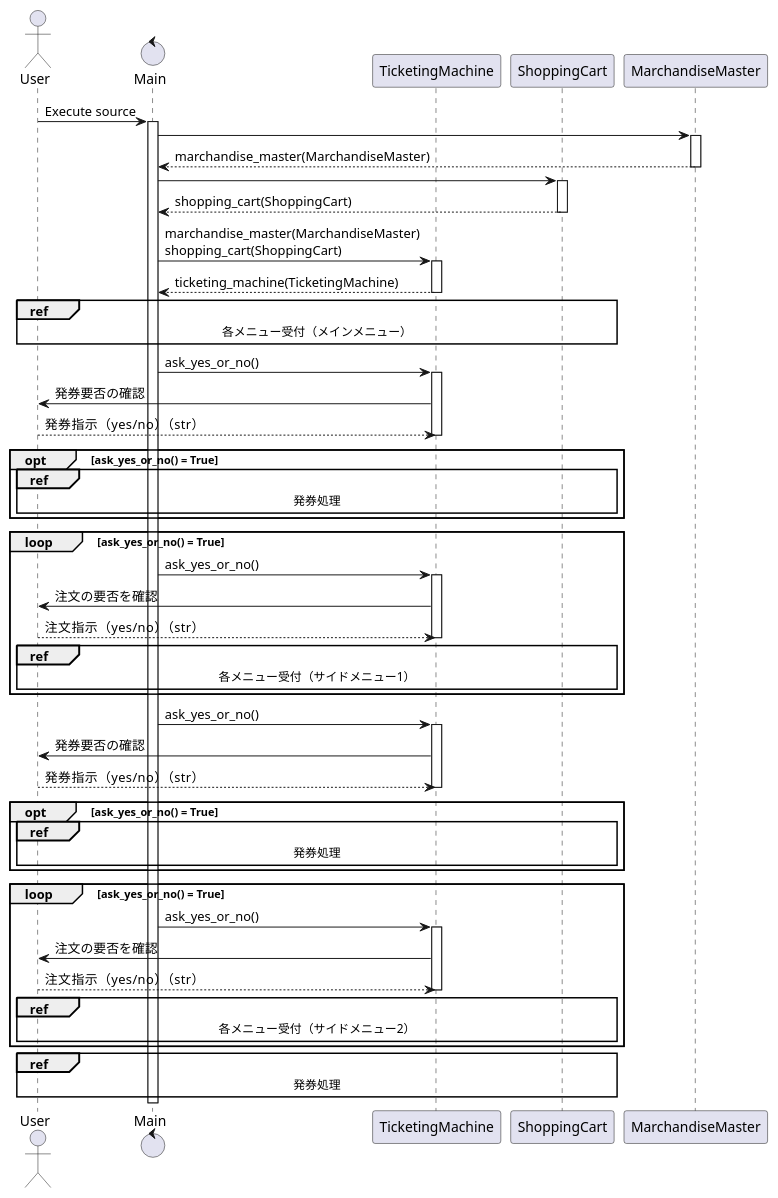
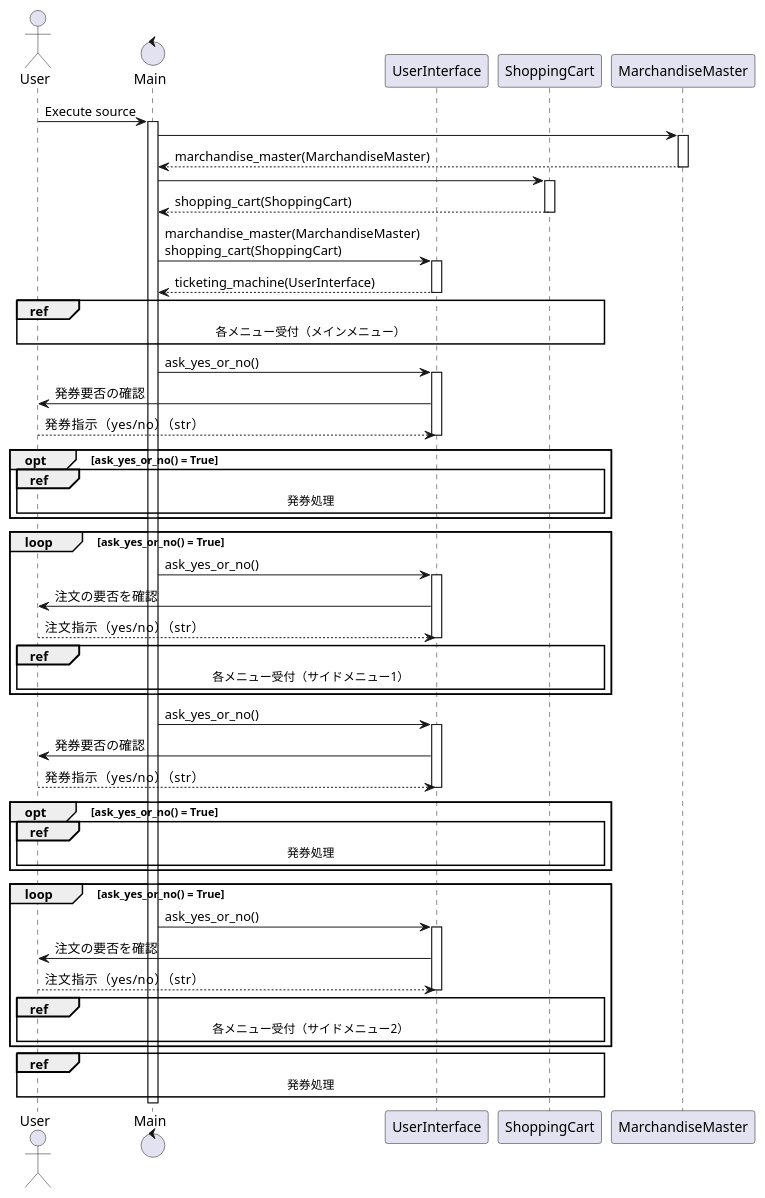
One commit to Design-Practice-Team/design changed the fifth of 7 diagrams in AP_H31_Spring_PM03/Suzuki/try1/ticket_machine.md. Above: the diagram before and after it, drawn with PlantUML. The commit also changed other lines of this file and 5 other files, not shown here.

```diff
--- a/AP_H31_Spring_PM03/Suzuki/try1/ticket_machine.md
+++ b/AP_H31_Spring_PM03/Suzuki/try1/ticket_machine.md
@@ -167,7 +167,7 @@
 @startuml
 actor User
 control Main
-participant TicketingMachine
+participant UserInterface
 participant ShoppingCart
 participant MarchandiseMaster
 
@@ -184,67 +184,67 @@
 ShoppingCart --> Main : shopping_cart(ShoppingCart)
 deactivate ShoppingCart
 
-Main -> TicketingMachine : marchandise_master(MarchandiseMaster)\nshopping_cart(ShoppingCart)
-activate TicketingMachine
-TicketingMachine --> Main : ticketing_machine(TicketingMachine)
-deactivate TicketingMachine
+Main -> UserInterface : marchandise_master(MarchandiseMaster)\nshopping_cart(ShoppingCart)
+activate UserInterface
+UserInterface --> Main : ticketing_machine(UserInterface)
+deactivate UserInterface
 
 
 ' メインメニューの選択
-ref over User, Main, TicketingMachine, ShoppingCart
+ref over User, Main, UserInterface, ShoppingCart
     各メニュー受付（メインメニュー）
 end ref
 
-Main -> TicketingMachine : ask_yes_or_no()
-activate TicketingMachine
-TicketingMachine -> User : 発券要否の確認
-User --> TicketingMachine : 発券指示（yes/no）（str）
-deactivate TicketingMachine
+Main -> UserInterface : ask_yes_or_no()
+activate UserInterface
+UserInterface -> User : 発券要否の確認
+User --> UserInterface : 発券指示（yes/no）（str）
+deactivate UserInterface
 
 opt ask_yes_or_no() = True
-    ref over User, Main, TicketingMachine, ShoppingCart
+    ref over User, Main, UserInterface, ShoppingCart
         発券処理
     end ref
 end 
 
 ' サイドメニュー1の選択
 loop ask_yes_or_no() = True
-    Main -> TicketingMachine : ask_yes_or_no()
-    activate TicketingMachine
-    TicketingMachine -> User : 注文の要否を確認
-    User --> TicketingMachine : 注文指示（yes/no）（str）
-    deactivate TicketingMachine
-    ref over User, Main, TicketingMachine, ShoppingCart
+    Main -> UserInterface : ask_yes_or_no()
+    activate UserInterface
+    UserInterface -> User : 注文の要否を確認
+    User --> UserInterface : 注文指示（yes/no）（str）
+    deactivate UserInterface
+    ref over User, Main, UserInterface, ShoppingCart
         各メニュー受付（サイドメニュー1）
     end ref
 end 
 
 
-Main -> TicketingMachine : ask_yes_or_no()
-activate TicketingMachine
-TicketingMachine -> User : 発券要否の確認
-User --> TicketingMachine : 発券指示（yes/no）（str）
-deactivate TicketingMachine
+Main -> UserInterface : ask_yes_or_no()
+activate UserInterface
+UserInterface -> User : 発券要否の確認
+User --> UserInterface : 発券指示（yes/no）（str）
+deactivate UserInterface
 
 opt ask_yes_or_no() = True
-    ref over User, Main, TicketingMachine, ShoppingCart
+    ref over User, Main, UserInterface, ShoppingCart
         発券処理
     end ref
 end
 
 ' サイドメニュー2の選択
 loop ask_yes_or_no() = True
-    Main -> TicketingMachine : ask_yes_or_no()
-    activate TicketingMachine
-    TicketingMachine -> User : 注文の要否を確認
-    User --> TicketingMachine : 注文指示（yes/no）（str）
-    deactivate TicketingMachine
-    ref over User, Main, TicketingMachine, ShoppingCart
+    Main -> UserInterface : ask_yes_or_no()
+    activate UserInterface
+    UserInterface -> User : 注文の要否を確認
+    User --> UserInterface : 注文指示（yes/no）（str）
+    deactivate UserInterface
+    ref over User, Main, UserInterface, ShoppingCart
         各メニュー受付（サイドメニュー2）
     end ref
 end 
 
-ref over User, Main, TicketingMachine, ShoppingCart
+ref over User, Main, UserInterface, ShoppingCart
     発券処理
 end ref
 
```
